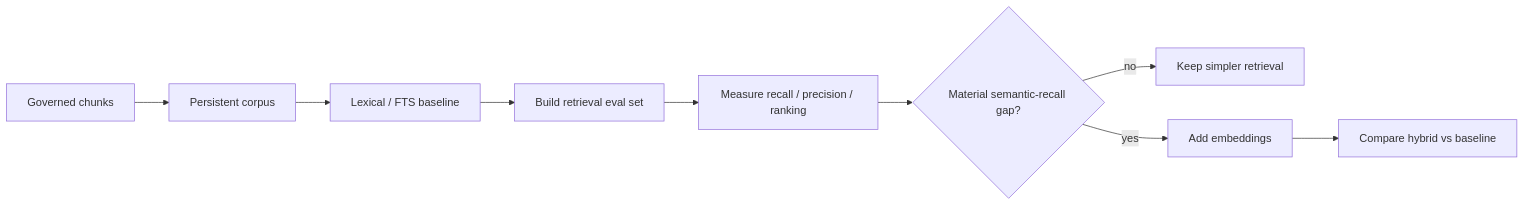
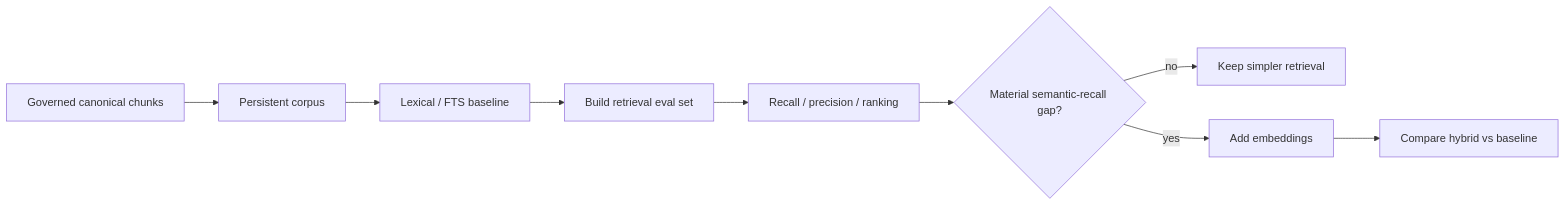
The fourth of 8 diagrams in docs/architecture/RAG_ARCHITECTURE.md (kumarchandansingh/tropos), drawn with Mermaid before and after one commit. The commit also changed other lines of this file and 23 other files, not shown here.

````diff
--- a/docs/architecture/RAG_ARCHITECTURE.md
+++ b/docs/architecture/RAG_ARCHITECTURE.md
@@ -91,12 +125,12 @@
 ```mermaid
 flowchart LR
-    Chunk[Governed chunks]
+    Chunk[Governed canonical chunks]
     --> Persist[Persistent corpus]
     --> FTS[Lexical / FTS baseline]
     --> Dataset[Build retrieval eval set]
-    --> Measure[Measure recall / precision / ranking]
+    --> Measure[Recall / precision / ranking]
     --> Gap{Material semantic-recall gap?}
     Gap -- no --> Keep[Keep simpler retrieval]
     Gap -- yes --> Embed[Add embeddings]
     Embed --> Hybrid[Compare hybrid vs baseline]
 ```
````
